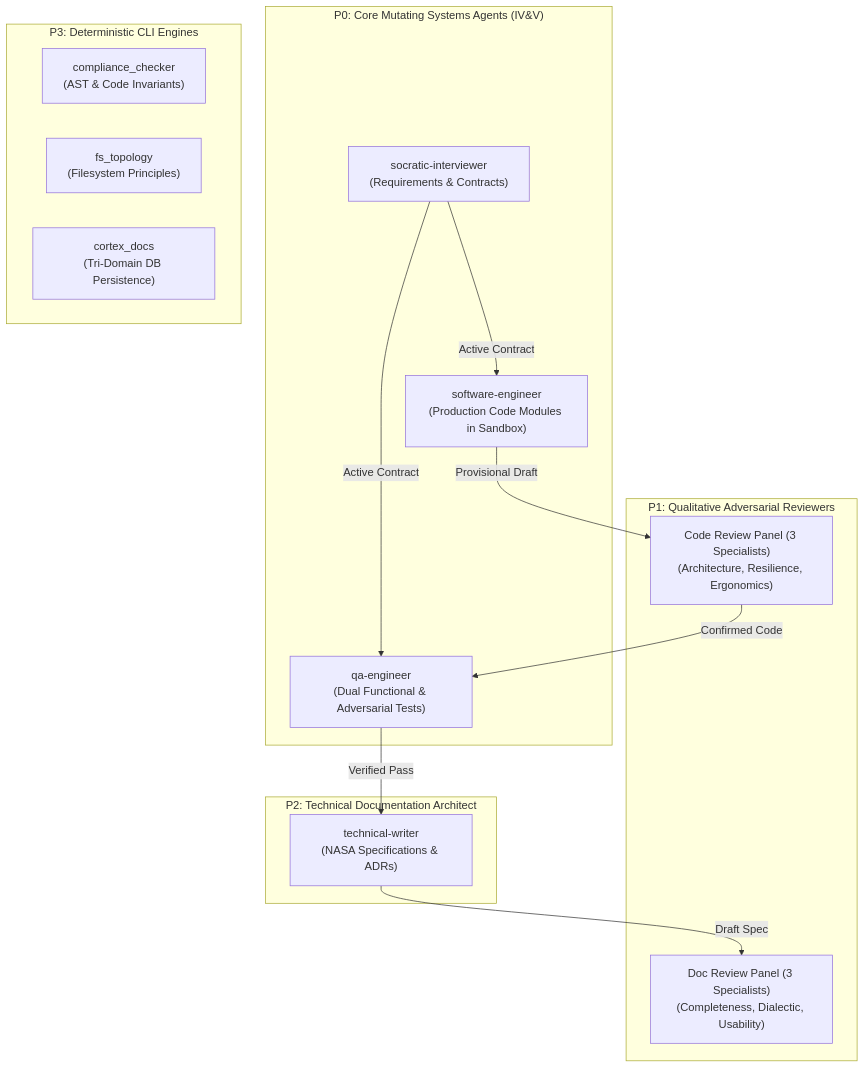
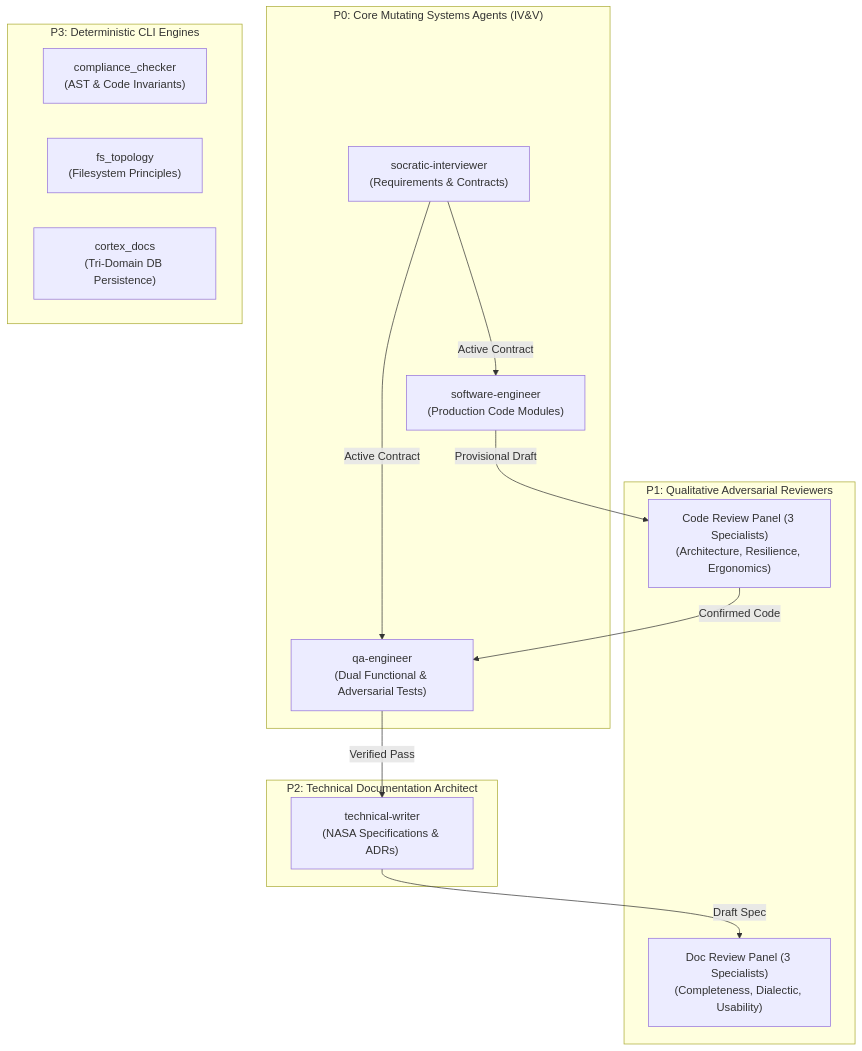
Before and after one commit to jinseobhong/antigravity-autopoiesis: the first of 2 diagrams in docs/specs/AGENT_REGISTRY.md, drawn with Mermaid. The commit also changed other lines of this file, not shown here.

Commit message:
docs(specs): modernize AGENT_REGISTRY.md sequence diagram and remove legacy sandbox references

````diff
--- a/docs/specs/AGENT_REGISTRY.md
+++ b/docs/specs/AGENT_REGISTRY.md
@@ -26,30 +26,30 @@
 ```mermaid
 flowchart TD
     subgraph TierP0 ["P0: Core Mutating Systems Agents (IV&V)"]
-        SE["software-engineer<br>(Production Code Modules in Sandbox)"]
+        SE["software-engineer<br>(Production Code Modules)"]
         QA["qa-engineer<br>(Dual Functional & Adversarial Tests)"]
         SI["socratic-interviewer<br>(Requirements & Contracts)"]
     end
 
     subgraph TierP1 ["P1: Qualitative Adversarial Reviewers"]
         TR["Code Review Panel (3 Specialists)<br>(Architecture, Resilience, Ergonomics)"]
         DR["Doc Review Panel (3 Specialists)<br>(Completeness, Dialectic, Usability)"]
     end
 
     subgraph TierP2 ["P2: Technical Documentation Architect"]
         TW["technical-writer<br>(NASA Specifications & ADRs)"]
     end
 
     subgraph TierP3 ["P3: Deterministic CLI Engines"]
         CC["compliance_checker<br>(AST & Code Invariants)"]
         FT["fs_topology<br>(Filesystem Principles)"]
         CD["cortex_docs<br>(Tri-Domain DB Persistence)"]
     end
 
     SI -->|"Active Contract"| SE
     SI -->|"Active Contract"| QA
     SE -->|"Provisional Draft"| TR
     TR -->|"Confirmed Code"| QA
     QA -->|"Verified Pass"| TW
     TW -->|"Draft Spec"| DR
 ```
````
